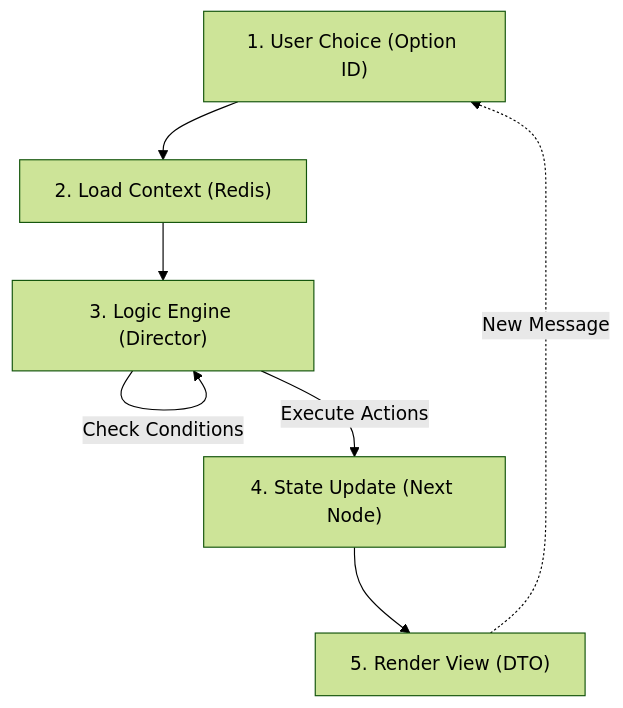
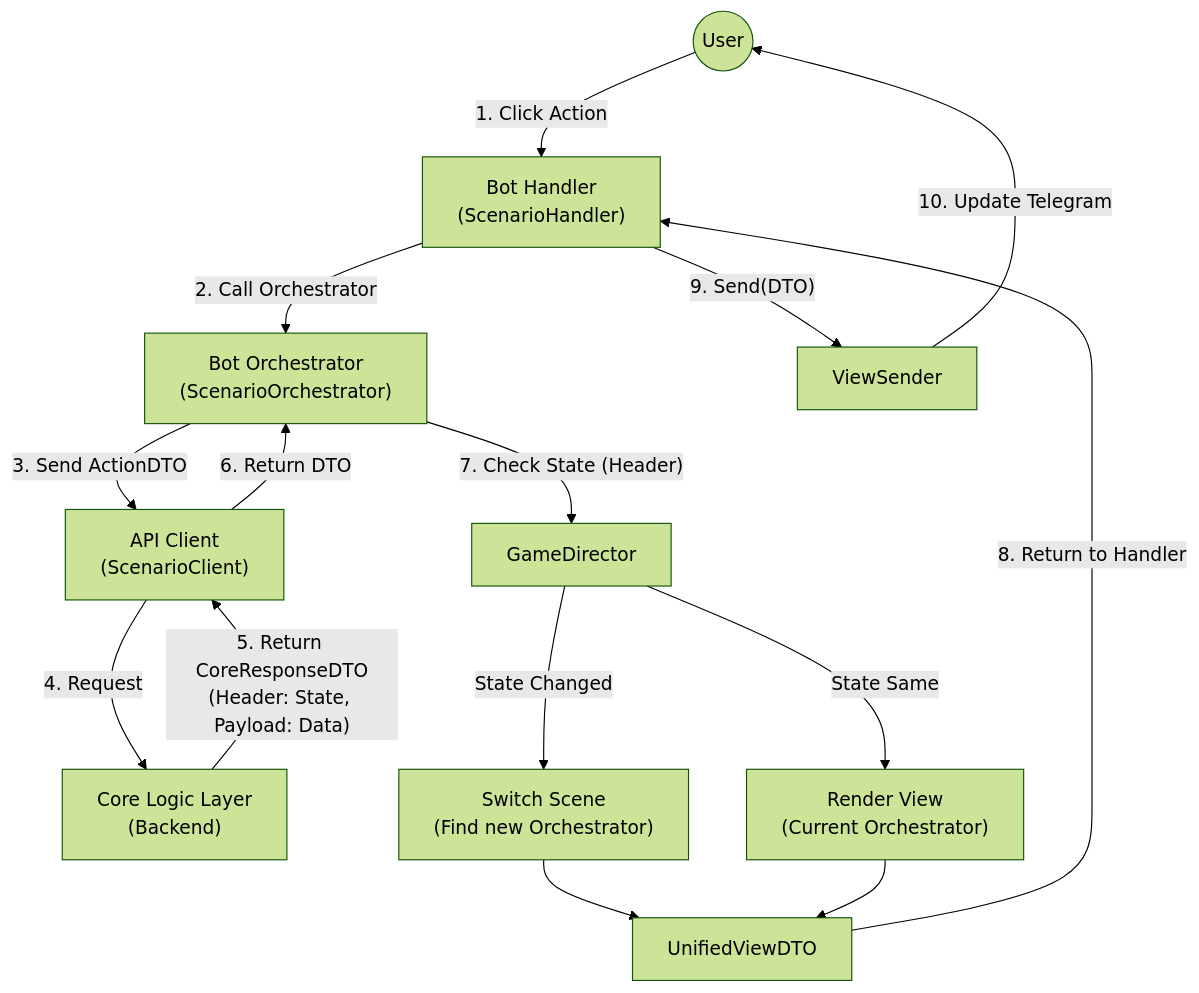
The diagram in docs/dis_docs/05_diagrams/05_Scenario_Flow.md (CodexDLC/telegram_bot_rpg), drawn with Mermaid (forest theme) before and after one commit. The commit also changed other lines of this file and 45 other files, not shown here.

````diff
--- a/docs/dis_docs/05_diagrams/05_Scenario_Flow.md
+++ b/docs/dis_docs/05_diagrams/05_Scenario_Flow.md
@@ -8,19 +8,32 @@
 ```mermaid
 graph TD
     %% --- BLOCKS ---
-    Input["1. User Choice (Option ID)"]
-    Context["2. Load Context (Redis)"]
-    Logic["3. Logic Engine (Director)"]
-    State["4. State Update (Next Node)"]
-    Output["5. Render View (DTO)"]
-
+    User((User))
+    Bot_Handler["Bot Handler\n(ScenarioHandler)"]
+    Bot_Orch["Bot Orchestrator\n(ScenarioOrchestrator)"]
+    Core_Client["API Client\n(ScenarioClient)"]
+    Core_Logic["Core Logic Layer\n(Backend)"]
+    Director["GameDirector"]
+    ViewSender["ViewSender"]
+    
     %% --- FLOW ---
-    Input --> Context
-    Context --> Logic
+    User -->|"1. Click Action"| Bot_Handler
+    Bot_Handler -->|"2. Call Orchestrator"| Bot_Orch
+    Bot_Orch -->|"3. Send ActionDTO"| Core_Client
+    Core_Client -->|"4. Request"| Core_Logic
     
-    Logic -->|"Check Conditions"| Logic
-    Logic -->|"Execute Actions"| State
+    Core_Logic -->|"5. Return CoreResponseDTO\n(Header: State, Payload: Data)"| Core_Client
+    Core_Client -->|"6. Return DTO"| Bot_Orch
     
-    State --> Output
-    Output -.->|"New Message"| Input
+    Bot_Orch -->|"7. Check State (Header)"| Director
+    
+    Director --"State Changed"--> Switch["Switch Scene\n(Find new Orchestrator)"]
+    Director --"State Same"--> Render["Render View\n(Current Orchestrator)"]
+    
+    Switch --> Result["UnifiedViewDTO"]
+    Render --> Result
+    
+    Result -->|"8. Return to Handler"| Bot_Handler
+    Bot_Handler -->|"9. Send(DTO)"| ViewSender
+    ViewSender -->|"10. Update Telegram"| User
 ```
````
